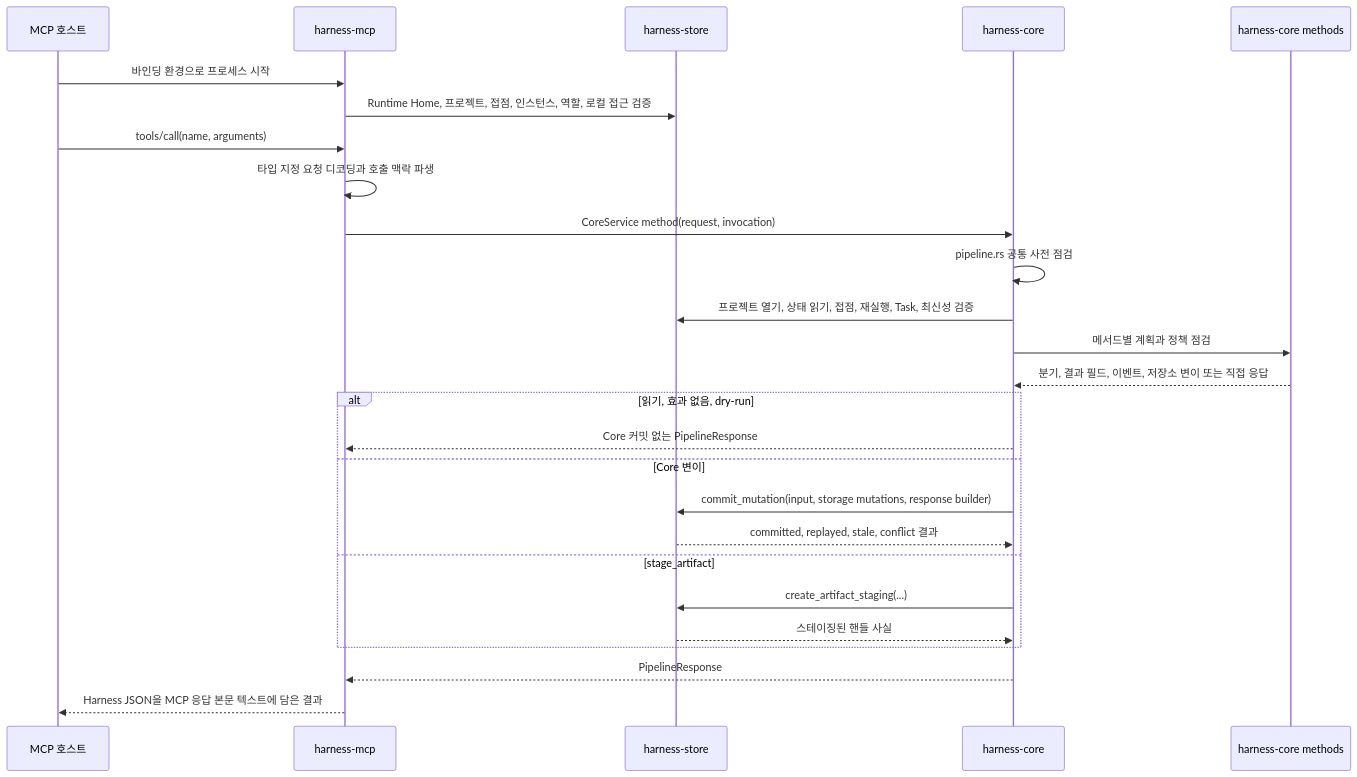
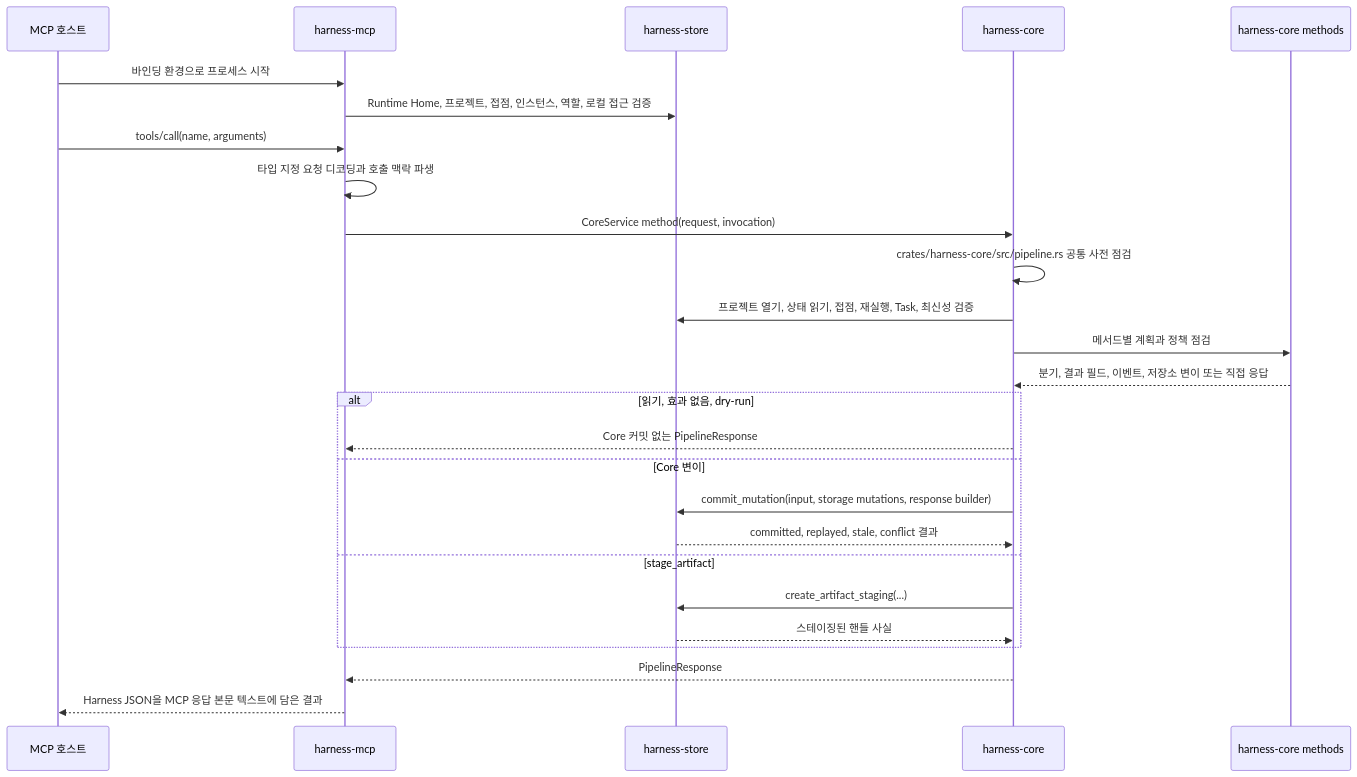
The third of 3 diagrams in docs/ko/build/architecture.md (minjungw00/Harness_Project), drawn with Mermaid before and after one commit. The commit also changed other lines of this file and 1 other file, not shown here.

Commit message:
docs: normalize architecture source paths

````diff
--- a/docs/ko/build/architecture.md
+++ b/docs/ko/build/architecture.md
@@ -151,29 +153,29 @@
 ```mermaid
 sequenceDiagram
   participant Host as MCP 호스트
   participant MCP as harness-mcp
   participant Store as harness-store
   participant Core as harness-core
   participant Method as harness-core methods
 
   Host->>MCP: 바인딩 환경으로 프로세스 시작
   MCP->>Store: Runtime Home, 프로젝트, 접점, 인스턴스, 역할, 로컬 접근 검증
   Host->>MCP: tools/call(name, arguments)
   MCP->>MCP: 타입 지정 요청 디코딩과 호출 맥락 파생
   MCP->>Core: CoreService method(request, invocation)
-  Core->>Core: pipeline.rs 공통 사전 점검
+  Core->>Core: crates/harness-core/src/pipeline.rs 공통 사전 점검
   Core->>Store: 프로젝트 열기, 상태 읽기, 접점, 재실행, Task, 최신성 검증
   Core->>Method: 메서드별 계획과 정책 점검
   Method-->>Core: 분기, 결과 필드, 이벤트, 저장소 변이 또는 직접 응답
   alt 읽기, 효과 없음, dry-run
     Core-->>MCP: Core 커밋 없는 PipelineResponse
   else Core 변이
     Core->>Store: commit_mutation(input, storage mutations, response builder)
     Store-->>Core: committed, replayed, stale, conflict 결과
   else stage_artifact
     Core->>Store: create_artifact_staging(...)
     Store-->>Core: 스테이징된 핸들 사실
   end
   Core-->>MCP: PipelineResponse
   MCP-->>Host: Harness JSON을 MCP 응답 본문 텍스트에 담은 결과
 ```
````
